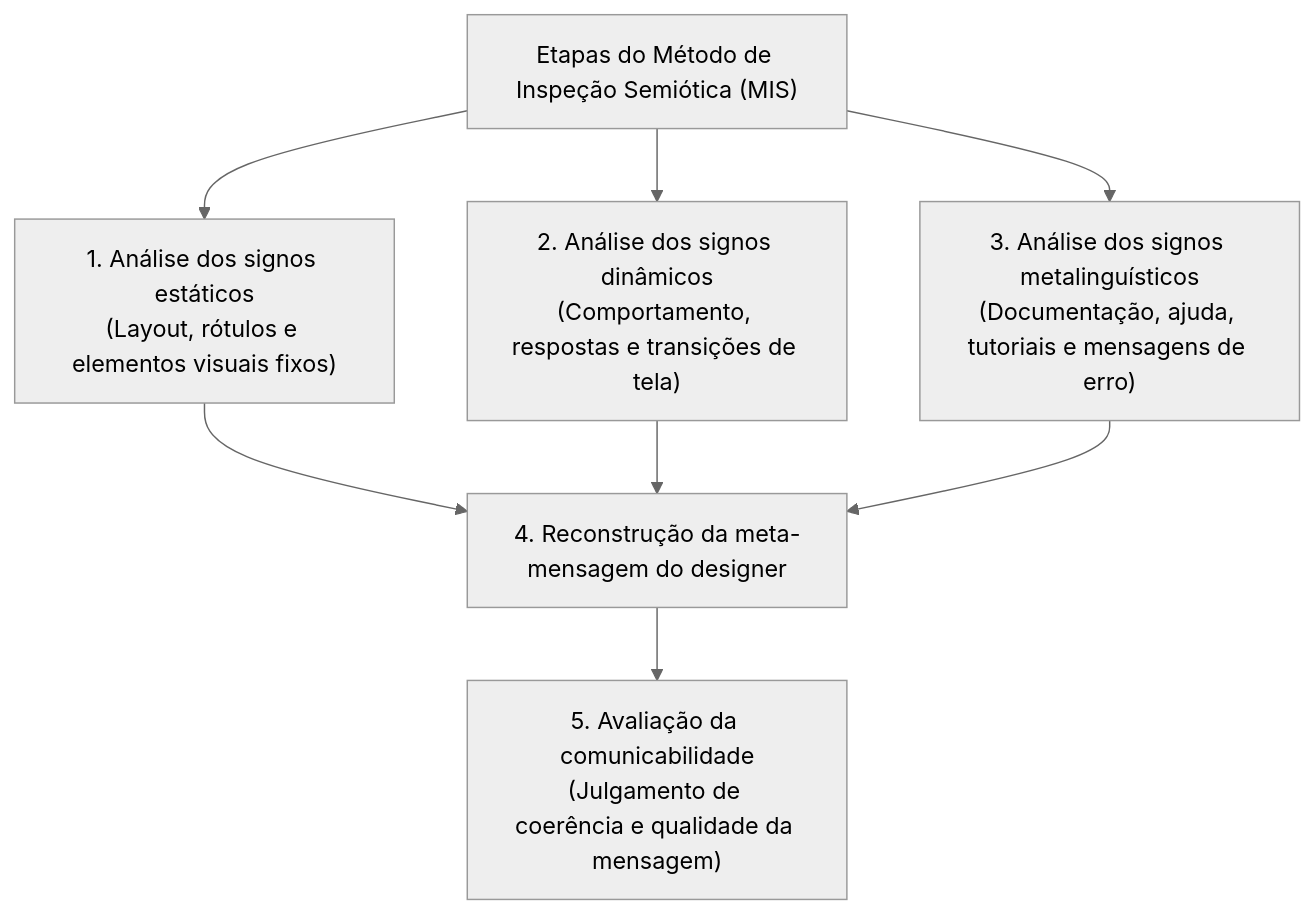
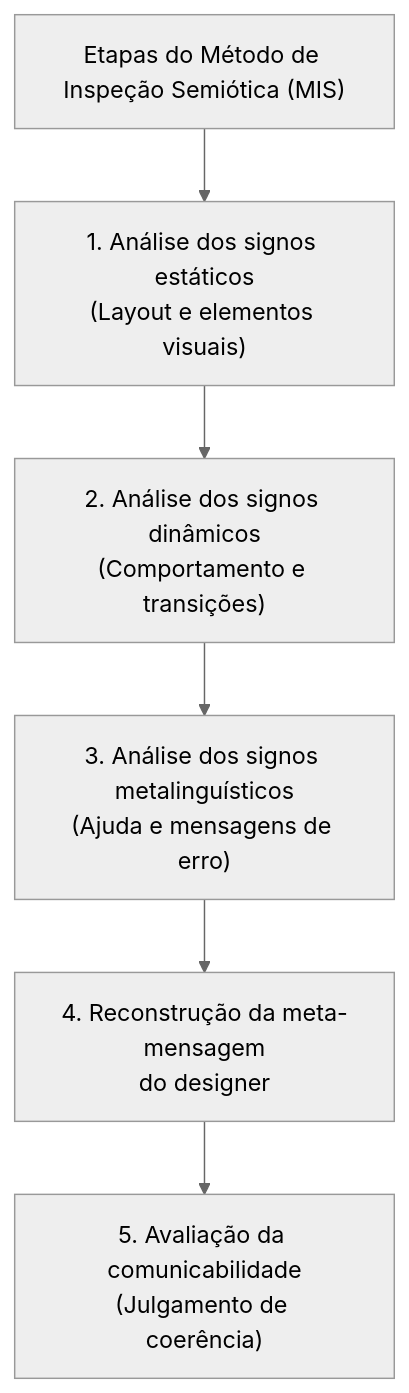
The second of 3 diagrams in 08. Design de Interacao/21. Avaliação da comunicabilidade - método de inspeção semiótica mis e método de avaliação da comunicabilidade mac.md (leorruas/puc), drawn with Mermaid (neutral theme) before and after one commit. The commit also changed 22 other files, not shown here.

Commit message:
style: optimize all Mermaid diagrams to tight vertical flows and enforce bidirectional navigation linking in AGENTS.md

````diff
--- a/08. Design de Interacao/21. Avaliação da comunicabilidade - método de inspeção semiótica mis e método de avaliação da comunicabilidade mac.md
+++ b/08. Design de Interacao/21. Avaliação da comunicabilidade - método de inspeção semiótica mis e método de avaliação da comunicabilidade mac.md
@@ -57,12 +57,8 @@
 ```mermaid
 graph TD
-    MIS["Etapas do Método de Inspeção Semiótica (MIS)"] --> E1["1. Análise dos signos estáticos<br>(Layout, rótulos e elementos visuais fixos)"]
-    MIS --> E2["2. Análise dos signos dinâmicos<br>(Comportamento, respostas e transições de tela)"]
-    MIS --> E3["3. Análise dos signos metalinguísticos<br>(Documentação, ajuda, tutoriais e mensagens de erro)"]
-    
-    E1 --> S3["4. Reconstrução da meta-mensagem do designer"]
-    E2 --> S3
-    E3 --> S3
-    
-    S3 --> E5["5. Avaliação da comunicabilidade<br>(Julgamento de coerência e qualidade da mensagem)"]
+    MIS["Etapas do Método de Inspeção Semiótica (MIS)"] --> E1["1. Análise dos signos estáticos<br>(Layout e elementos visuais)"]
+    E1 --> E2["2. Análise dos signos dinâmicos<br>(Comportamento e transições)"]
+    E2 --> E3["3. Análise dos signos metalinguísticos<br>(Ajuda e mensagens de erro)"]
+    E3 --> S3["4. Reconstrução da meta-mensagem<br>do designer"]
+    S3 --> E5["5. Avaliação da comunicabilidade<br>(Julgamento de coerência)"]
 ```
````
